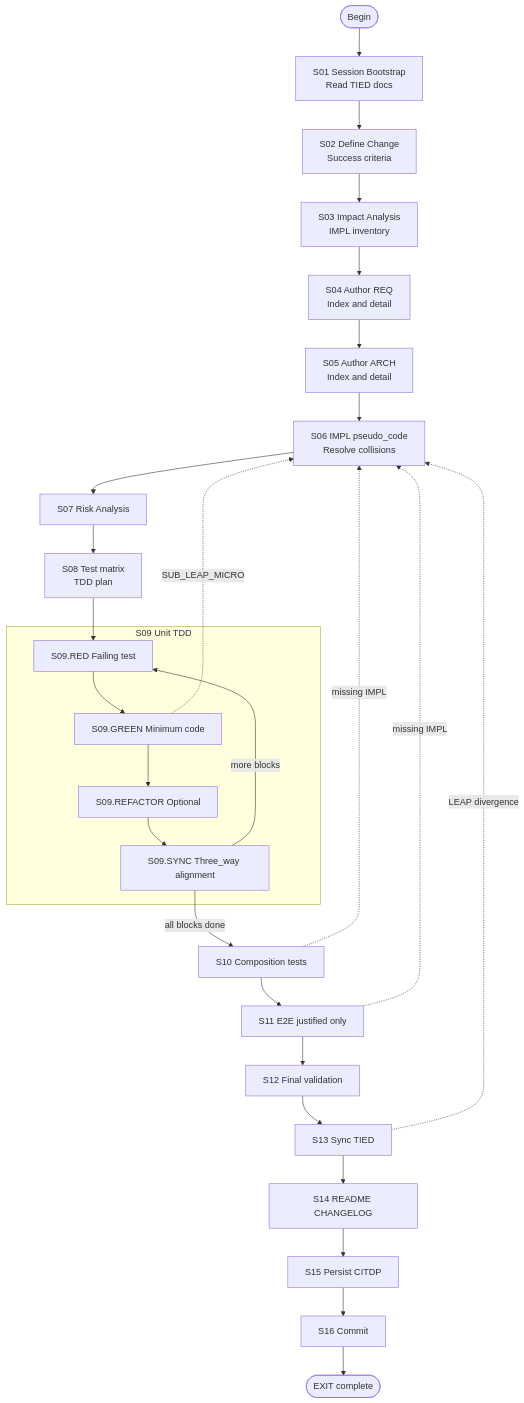
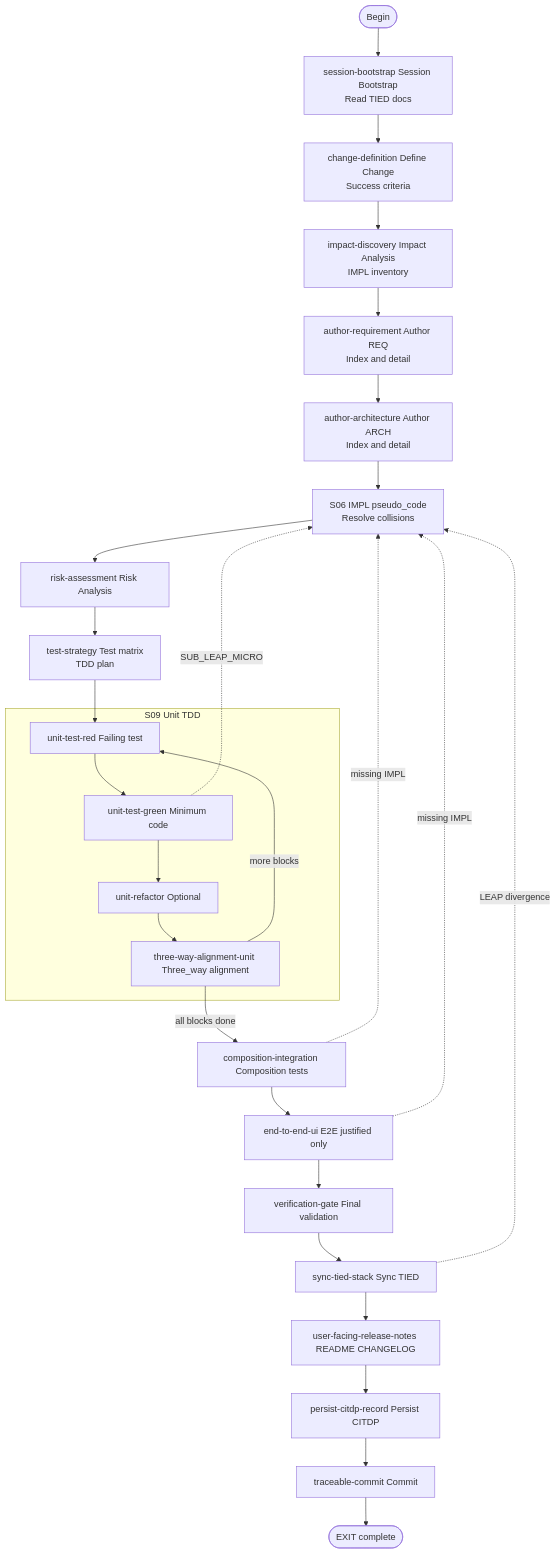
One commit to fareedst/tied changed the second of 2 diagrams in docs/leap-tied-citdp-costs-and-benefits.md. Above: the diagram before and after it, drawn with Mermaid. The commit also changed other lines of this file and 209 other files, not shown here.

````diff
--- a/docs/leap-tied-citdp-costs-and-benefits.md
+++ b/docs/leap-tied-citdp-costs-and-benefits.md
@@ -106,46 +106,46 @@
 ```mermaid
 flowchart TD
-    Start(["Begin"]) --> stepS01
+    Start(["Begin"]) --> stepsession-bootstrap
 
-    stepS01["S01 Session Bootstrap\nRead TIED docs"]
-    stepS02["S02 Define Change\nSuccess criteria"]
-    stepS03["S03 Impact Analysis\nIMPL inventory"]
-    stepS04["S04 Author REQ\nIndex and detail"]
-    stepS05["S05 Author ARCH\nIndex and detail"]
+    stepsession-bootstrap["session-bootstrap Session Bootstrap\nRead TIED docs"]
+    stepchange-definition["change-definition Define Change\nSuccess criteria"]
+    stepimpact-discovery["impact-discovery Impact Analysis\nIMPL inventory"]
+    stepauthor-requirement["author-requirement Author REQ\nIndex and detail"]
+    stepauthor-architecture["author-architecture Author ARCH\nIndex and detail"]
     stepS06["S06 IMPL pseudo_code\nResolve collisions"]
 
-    stepS01 --> stepS02 --> stepS03 --> stepS04 --> stepS05 --> stepS06
-    stepS06 --> stepS07 --> stepS08
+    stepsession-bootstrap --> stepchange-definition --> stepimpact-discovery --> stepauthor-requirement --> stepauthor-architecture --> stepS06
+    stepS06 --> steprisk-assessment --> steptest-strategy
 
-    stepS07["S07 Risk Analysis"]
-    stepS08["S08 Test matrix\nTDD plan"]
+    steprisk-assessment["risk-assessment Risk Analysis"]
+    steptest-strategy["test-strategy Test matrix\nTDD plan"]
 
     subgraph unitTddLoop ["S09 Unit TDD"]
-        stepRed["S09.RED Failing test"]
-        stepGreen["S09.GREEN Minimum code"]
-        stepRefactor["S09.REFACTOR Optional"]
-        stepSync["S09.SYNC Three_way alignment"]
+        stepRed["unit-test-red Failing test"]
+        stepGreen["unit-test-green Minimum code"]
+        stepRefactor["unit-refactor Optional"]
+        stepSync["three-way-alignment-unit Three_way alignment"]
         stepRed --> stepGreen --> stepRefactor --> stepSync
     end
 
-    stepS08 --> stepRed
+    steptest-strategy --> stepRed
     stepSync -->|"more blocks"| stepRed
     stepGreen -.->|"SUB_LEAP_MICRO"| stepS06
 
-    stepS10["S10 Composition tests"]
-    stepS11["S11 E2E justified only"]
-    stepS12["S12 Final validation"]
-    stepS13["S13 Sync TIED"]
-    stepS14["S14 README CHANGELOG"]
-    stepS15["S15 Persist CITDP"]
-    stepS16["S16 Commit"]
+    stepcomposition-integration["composition-integration Composition tests"]
+    stepend-to-end-ui["end-to-end-ui E2E justified only"]
+    stepverification-gate["verification-gate Final validation"]
+    stepsync-tied-stack["sync-tied-stack Sync TIED"]
+    stepuser-facing-release-notes["user-facing-release-notes README CHANGELOG"]
+    steppersist-citdp-record["persist-citdp-record Persist CITDP"]
+    steptraceable-commit["traceable-commit Commit"]
 
-    stepSync -->|"all blocks done"| stepS10
-    stepS10 --> stepS11 --> stepS12 --> stepS13 --> stepS14 --> stepS15 --> stepS16
+    stepSync -->|"all blocks done"| stepcomposition-integration
+    stepcomposition-integration --> stepend-to-end-ui --> stepverification-gate --> stepsync-tied-stack --> stepuser-facing-release-notes --> steppersist-citdp-record --> steptraceable-commit
 
-    stepS10 -.->|"missing IMPL"| stepS06
-    stepS11 -.->|"missing IMPL"| stepS06
-    stepS13 -.->|"LEAP divergence"| stepS06
+    stepcomposition-integration -.->|"missing IMPL"| stepS06
+    stepend-to-end-ui -.->|"missing IMPL"| stepS06
+    stepsync-tied-stack -.->|"LEAP divergence"| stepS06
 
-    stepS16 --> Done(["EXIT complete"])
+    steptraceable-commit --> Done(["EXIT complete"])
 ```
````
